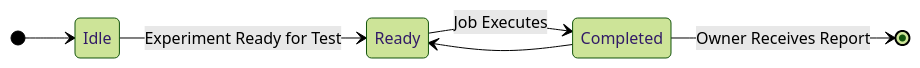
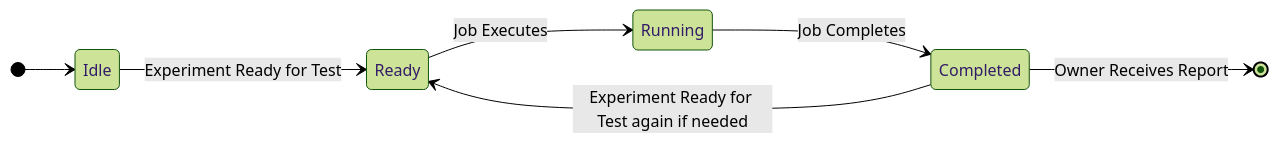
The first of 7 diagrams in docs/sequences.md (mozilla/klaatu), drawn with Mermaid (forest theme) before and after one commit. The commit also changed other lines of this file, not shown here.

Commit message:
Fixed state machine doc.

````diff
--- a/docs/sequences.md
+++ b/docs/sequences.md
@@ -9,11 +10,12 @@
 ```mermaid
     stateDiagram-v2
         direction LR
         [*] --> Idle
 
         Idle --> Ready: Experiment Ready for Test
-        Ready --> Completed : Job Executes
-        Completed --> Ready
+        Ready --> Running : Job Executes
+        Running --> Completed: Job Completes
+        Completed --> Ready: Experiment Ready for Test again if needed
         Completed --> [*] : Owner Receives Report
 
 ```
````
